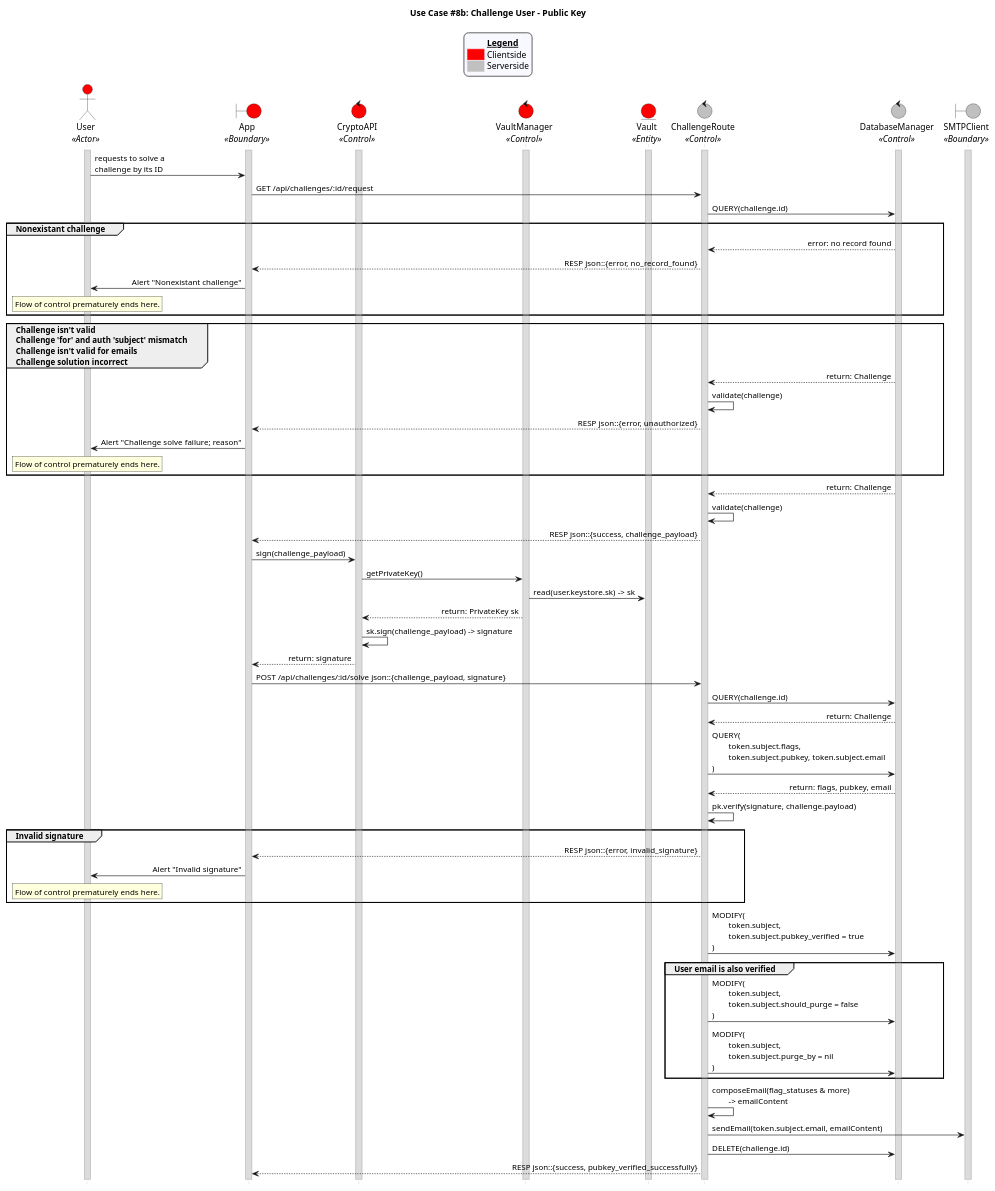
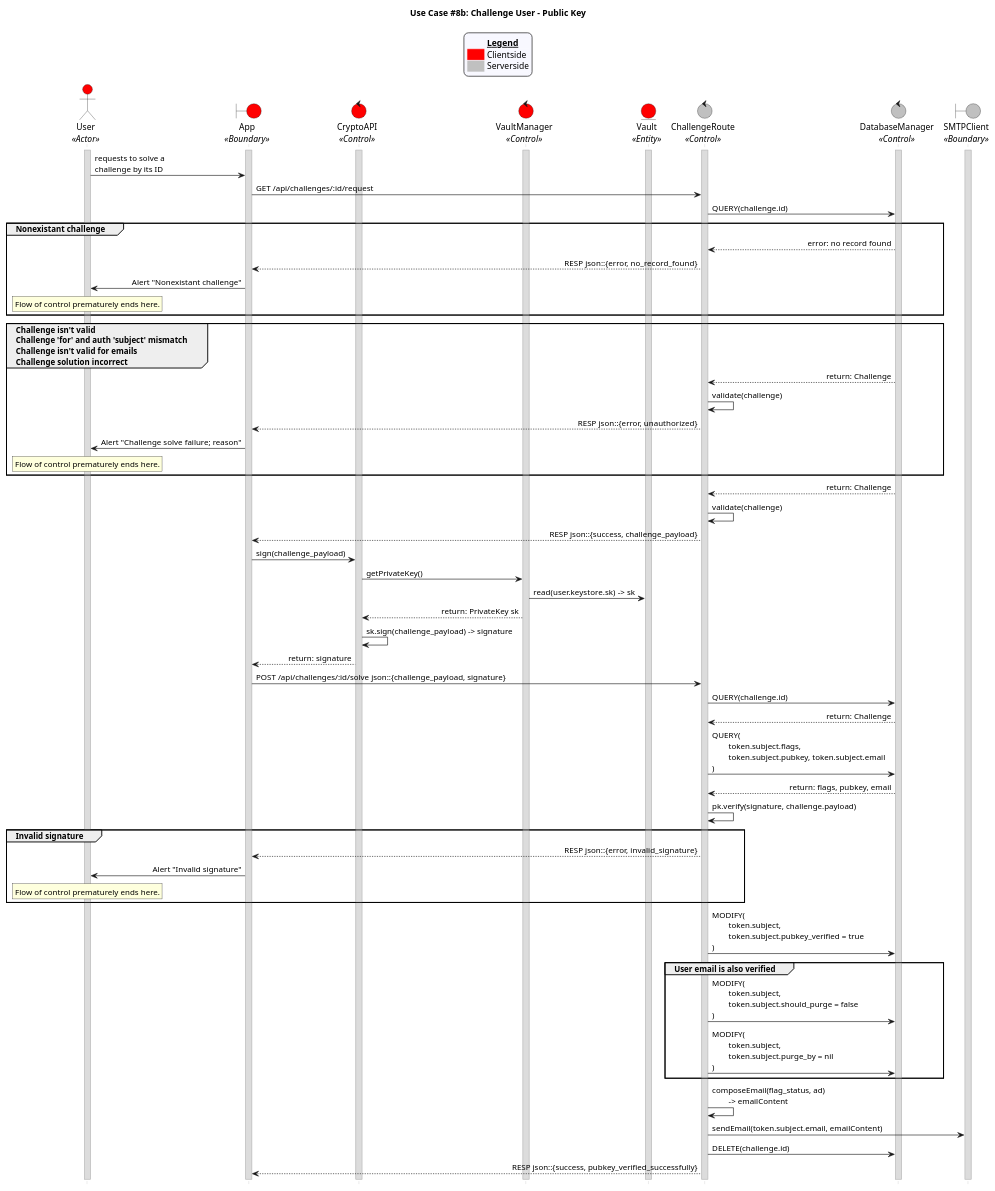
Before and after one commit to CECS-491-SP24-Group-1/seq-diagrams: the diagram in uc_08_pubkey.puml, drawn with PlantUML. The commit also changed 2 other files, not shown here.

```diff
--- a/uc_08_pubkey.puml
+++ b/uc_08_pubkey.puml
@@ -1,133 +1,133 @@
 @startuml uc08b_pubkey
 title "Use Case #8b: Challenge User - Public Key"
 
 'Styling goes here
 hide footbox
 skinparam stereotypePosition bottom
 skinparam sequenceMessageAlign direction
 skinparam sequence {
 	LifeLineBorderColor #Silver
 	LifeLineBackgroundColor #Gainsboro
 }
 
 'Add a legend plus styling
 skinparam legend {
 	backgroundColor #GhostWhite
 	entrySeparator #GhostWhite
 }
 
 legend top
 	<#GhostWhite,#GhostWhite>|	|= __Legend__ |
 	|<#red> | Clientside|
 	|<#silver> | Serverside|
 endlegend
 
 'Setup the objects involved here
 actor User as u <<Actor>> #red
 boundary App as a <<Boundary>> #red
 control CryptoAPI as ca <<Control>> #red
 control VaultManager as vm <<Control>> #red
 entity Vault as v <<Entity>> #red
 control ChallengeRoute as cr <<Control>> #silver
 control DatabaseManager as db <<Control>> #silver
 boundary SMTPClient as sc <<Boundary>> #silver
 
 'Setup persistent objects here
 activate u
 activate a
 activate ca
 activate vm
 activate v
 activate cr
 activate db
 activate sc
 
 '--- FLOW OF CONTROL STARTS HERE ---
 'User submits a request to verify their public key.
 u -> a: requests to solve a \nchallenge by its ID
 
 'App requests the challenge from the server by its ID.
 a -> cr: GET /api/challenges/:id/request
 
 'Server checks if the challenge is valid
 cr -> db: QUERY(challenge.id)
 
 'Case 1: The challenge doesn't exist
 group Nonexistant challenge
 	db --> cr: error: no record found
 	cr --> a: RESP json::{error, no_record_found}
 	a -> u: Alert "Nonexistant challenge"
 	rnote over u
 	Flow of control prematurely ends here.
 	endrnote
 end
 
 'Case 2: The challenge is invalid, not for this user, not email challenge, or the solution is incorrect.
 group Challenge isn't valid \nChallenge 'for' and auth 'subject' mismatch \nChallenge isn't valid for emails \nChallenge solution incorrect
 	db --> cr: return: Challenge
 	cr -> cr: validate(challenge)
 	cr --> a: RESP json::{error, unauthorized}
 	a -> u: Alert "Challenge solve failure; reason"
 	rnote over u
 	Flow of control prematurely ends here.
 	endrnote
 end
 
 'Default case: challenge exists and is valid.
 db --> cr: return: Challenge
 cr -> cr: validate(challenge)
 
 'Server sends the challenge payload to the user.
 cr --> a: RESP json::{success, challenge_payload}
 
 'The app signs the challenge payload with the user's private key.
 a -> ca: sign(challenge_payload)
 ca -> vm: getPrivateKey()
 vm -> v: read(user.keystore.sk) -> sk
 vm --> ca: return: PrivateKey sk
 ca -> ca: sk.sign(challenge_payload) -> signature
 ca --> a: return: signature
 
 'The app sends the signature to the server.
 a -> cr: POST /api/challenges/:id/solve json::{challenge_payload, signature}
 
 'The server queries the database for the challenge info
 cr -> db: QUERY(challenge.id)
 db --> cr: return: Challenge
 
 'The server queries the database for the user flags public key, and email.
 cr -> db: QUERY(\n\ttoken.subject.flags, \n\ttoken.subject.pubkey, token.subject.email\n)
 db --> cr: return: flags, pubkey, email
 
 'The server verifies the signature against the known public key.
 cr -> cr: pk.verify(signature, challenge.payload)
 
 'Case 1: The signature is invalid.
 group Invalid signature
 	cr --> a: RESP json::{error, invalid_signature}
 	a -> u: Alert "Invalid signature"
 	rnote over u
 	Flow of control prematurely ends here.
 	endrnote
 end
 
 'Default case: the verification succeeds. 
 'Mark the user's public key as verified
 cr -> db: MODIFY(\n\ttoken.subject, \n\ttoken.subject.pubkey_verified = true\n)
 
 'Also unmark the user's account for deletion if the email is verified.
 group User email is also verified
 	cr -> db: MODIFY(\n\ttoken.subject, \n\ttoken.subject.should_purge = false\n)
 	cr -> db: MODIFY(\n\ttoken.subject, \n\ttoken.subject.purge_by = nil\n)
 end
 
 'Email the user to inform of successful challenge completion and next steps.
-cr -> cr: composeEmail(flag_statuses & more) \n\t-> emailContent
+cr -> cr: composeEmail(flag_status, ad) \n\t-> emailContent
 cr -> sc: sendEmail(token.subject.email, emailContent)
 
 'Cleanup and return the feedback to the user
 cr -> db: DELETE(challenge.id)
 cr --> a: RESP json::{success, pubkey_verified_successfully}
 '--- FLOW OF CONTROL ENDS HERE   ---
 
 @enduml
```
